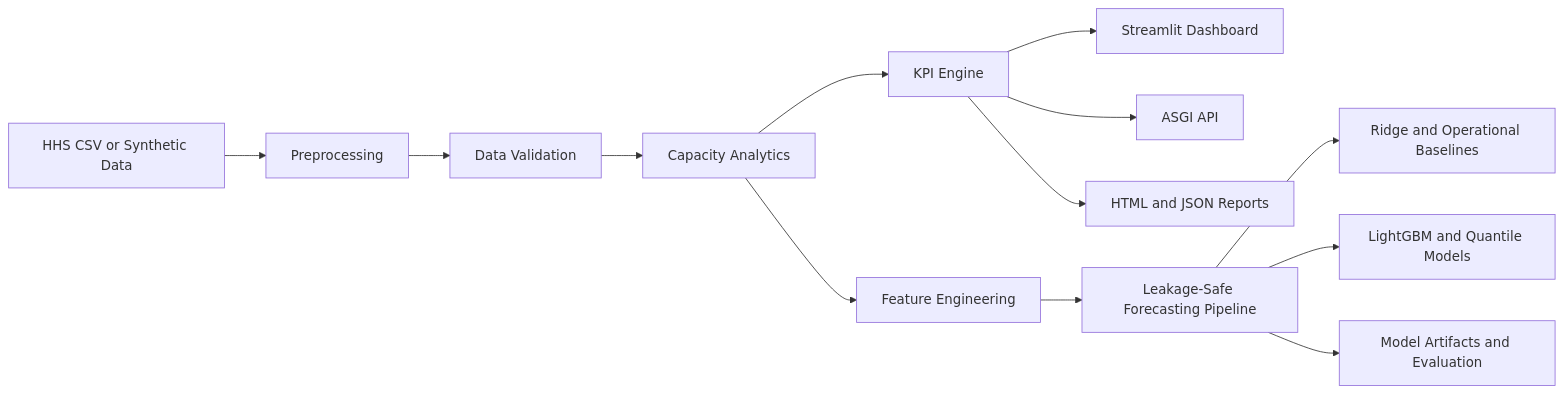
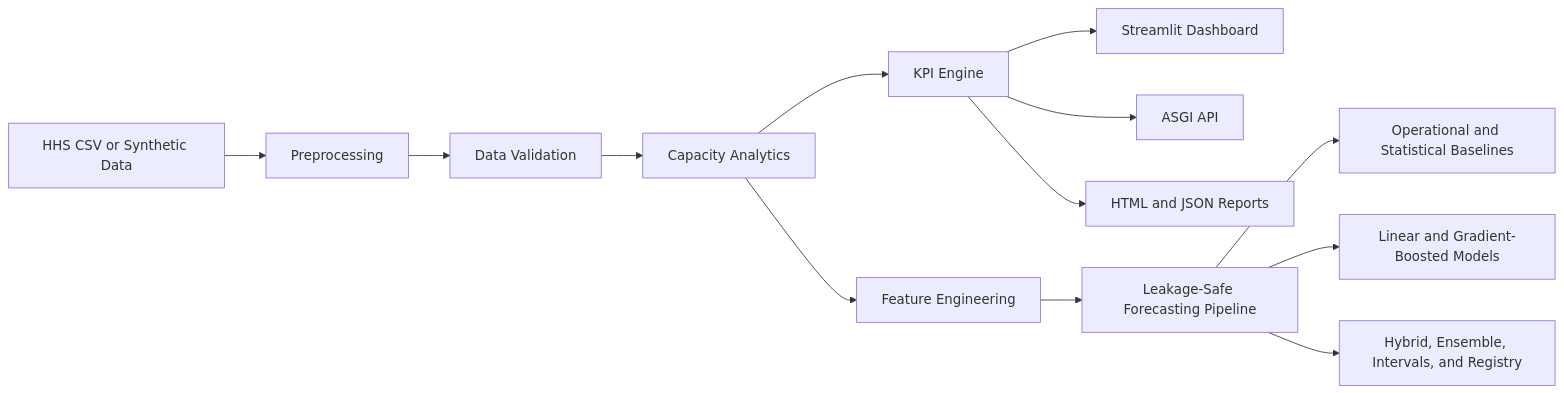
One commit to ananyadas1803git/system-capacity-and-careload-analytics-for-unaccompanied-children changed the diagram in README.md. Above: the diagram before and after it, drawn with Mermaid. The commit also changed other lines of this file and 38 other files, not shown here.

````diff
--- a/README.md
+++ b/README.md
@@ -86,15 +86,15 @@
 ```mermaid
 flowchart LR
     A[HHS CSV or Synthetic Data] --> B[Preprocessing]
     B --> C[Data Validation]
     C --> D[Capacity Analytics]
     D --> E[KPI Engine]
     D --> F[Feature Engineering]
     E --> G[Streamlit Dashboard]
     E --> H[ASGI API]
     E --> I[HTML and JSON Reports]
     F --> J[Leakage-Safe Forecasting Pipeline]
-    J --> K[Ridge and Operational Baselines]
-    J --> L[LightGBM and Quantile Models]
-    J --> M[Model Artifacts and Evaluation]
+    J --> K[Operational and Statistical Baselines]
+    J --> L[Linear and Gradient-Boosted Models]
+    J --> M[Hybrid, Ensemble, Intervals, and Registry]
 ```
````
